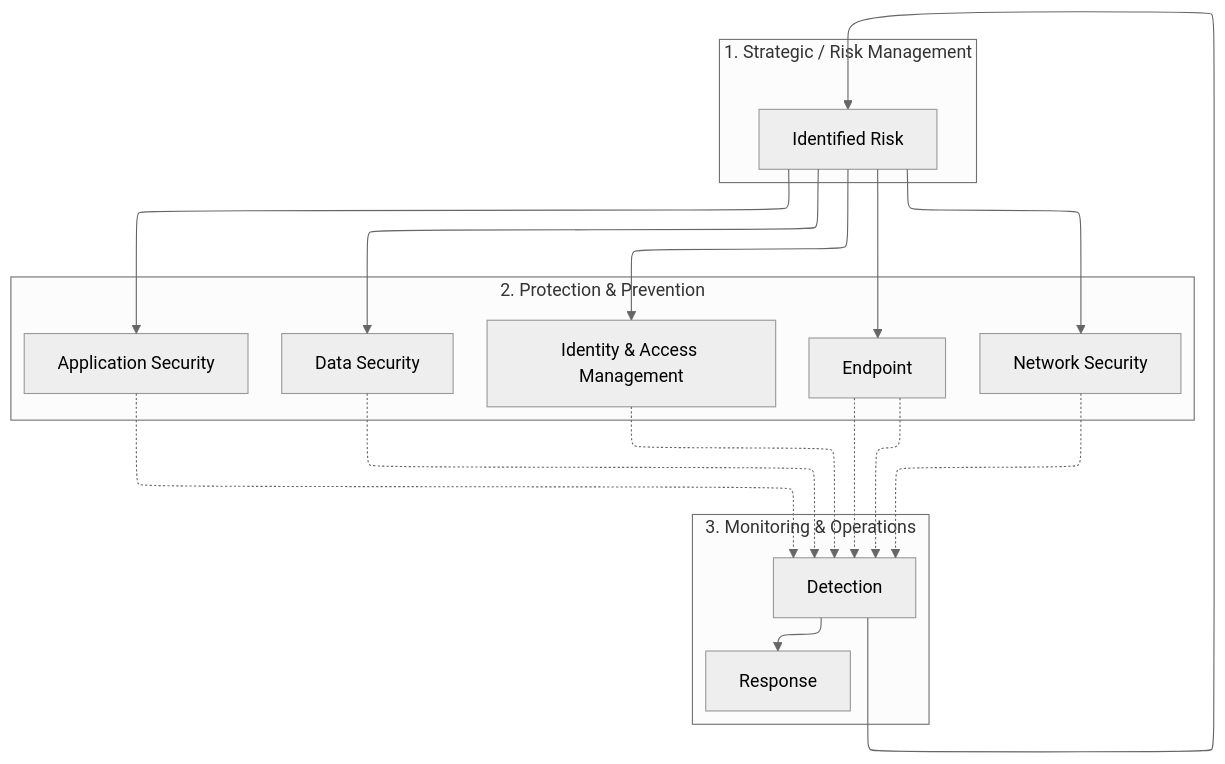
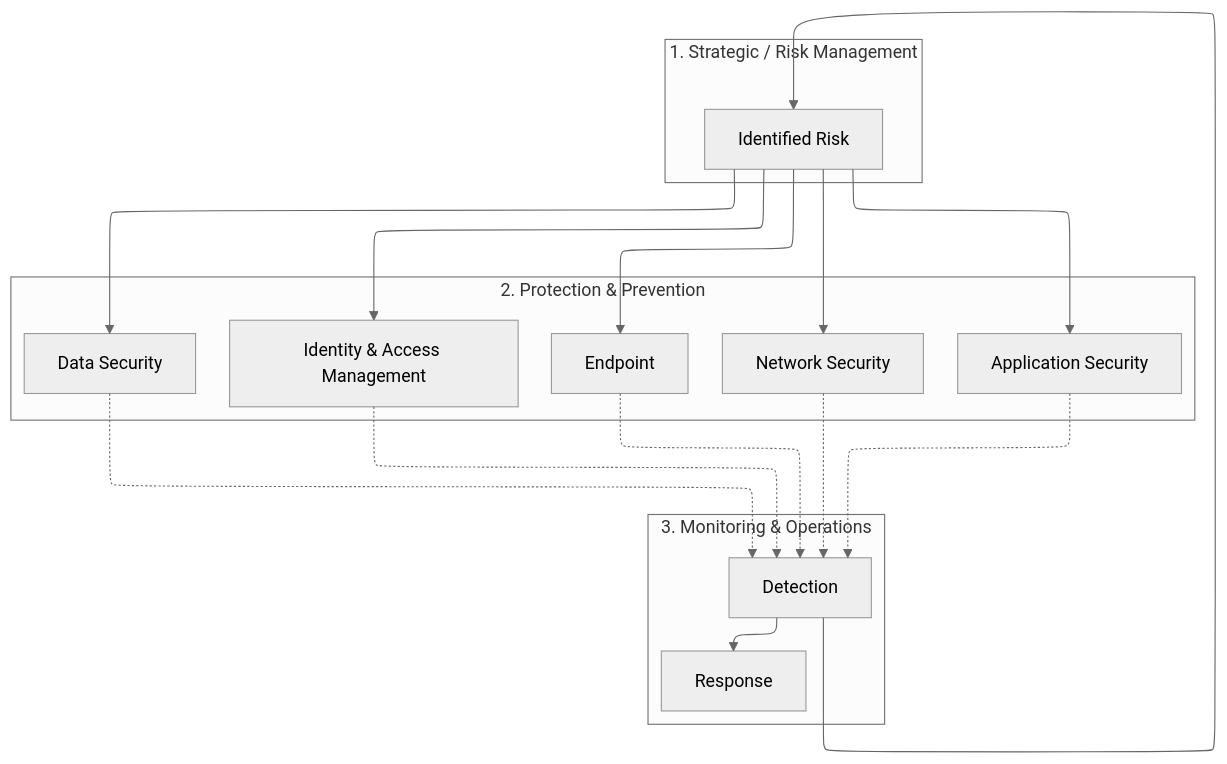
One commit to davis-boudreau/ISEC2700 changed the second of 4 diagrams in saitge-isec2700-ws04-risk-assessment-using-cia-liklihood-impact.md. Above: the diagram before and after it, drawn with Mermaid (neutral theme). The commit also changed 1 other file, not shown here.

Commit message:
added ws02-204

````diff
--- a/saitge-isec2700-ws04-risk-assessment-using-cia-liklihood-impact.md
+++ b/saitge-isec2700-ws04-risk-assessment-using-cia-liklihood-impact.md
@@ -174,53 +174,53 @@
 ```mermaid
 ---
 config:
   layout: elk
   elk:
     nodePlacementStrategy: NETWORK_SIMPLEX
     algorithm: layered
     direction: DOWN
     # This ensures tiers stay separated
     "spacing.edgeNodeBetweenLayers": 60
 ---
 flowchart TB
 
   subgraph Strategic_Tier ["1. Strategic / Risk Management"]
     RISK[Identified Risk]
   end
 
   subgraph Protection_Tier ["2. Protection & Prevention"]
     direction LR
     IAM[Identity & Access Management]
     END[Endpoint]
     NET[Network Security]
     APP[Application Security]
     DATA[Data Security]
   end
 
   subgraph Ops_Tier ["3. Monitoring & Operations"]
     direction LR
     DET[Detection]
     RESP[Response]
   end
 
   %% Strategic to Protection
   RISK --> IAM
   RISK --> END
   RISK --> NET
   RISK --> APP
   RISK --> DATA
 
   %% Protection to Ops
+  IAM -.-> DET
+  END -.-> DET
+  NET -.-> DET
+  APP -.-> DET
   DATA -.-> DET
-  END -.-> DET
-  IAM -.-> DET
-  NET -.-> DET
-  END -.-> DET
-  APP -.-> DET
+  
   %% The requested reversed flow (Feedback Loop)
   DET --> RISK
   
   %% Operations internal flow
   DET --> RESP
   
 ```
````
